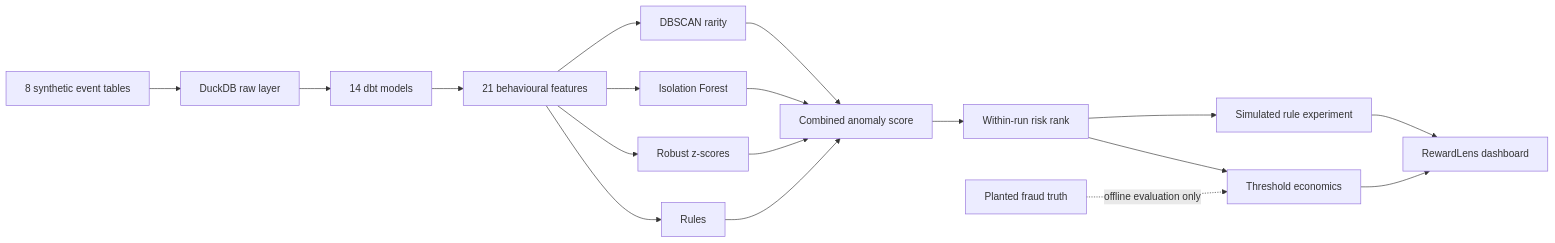
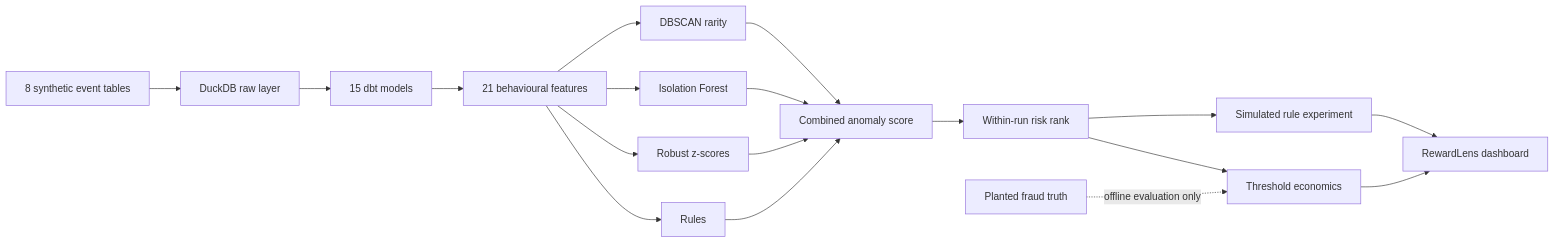
Before and after one commit to chanderbhanu096/rewardlens-fraud-decision-lab: the diagram in README.md, drawn with Mermaid. The commit also changed other lines of this file and 18 other files, not shown here.

Commit message:
Improve RewardLens decision charts

````diff
--- a/README.md
+++ b/README.md
@@ -144,20 +150,20 @@
 ```mermaid
 flowchart LR
     A["8 synthetic event tables"] --> B["DuckDB raw layer"]
-    B --> C["14 dbt models"]
+    B --> C["15 dbt models"]
     C --> D["21 behavioural features"]
     D --> E["Rules"]
     D --> F["Robust z-scores"]
     D --> G["Isolation Forest"]
     D --> H["DBSCAN rarity"]
     E --> I["Combined anomaly score"]
     F --> I
     G --> I
     H --> I
     I --> R["Within-run risk rank"]
     R --> J["Threshold economics"]
     R --> K["Simulated rule experiment"]
     J --> L["RewardLens dashboard"]
     K --> L
     T["Planted fraud truth"] -. "offline evaluation only" .-> J
 ```
````
